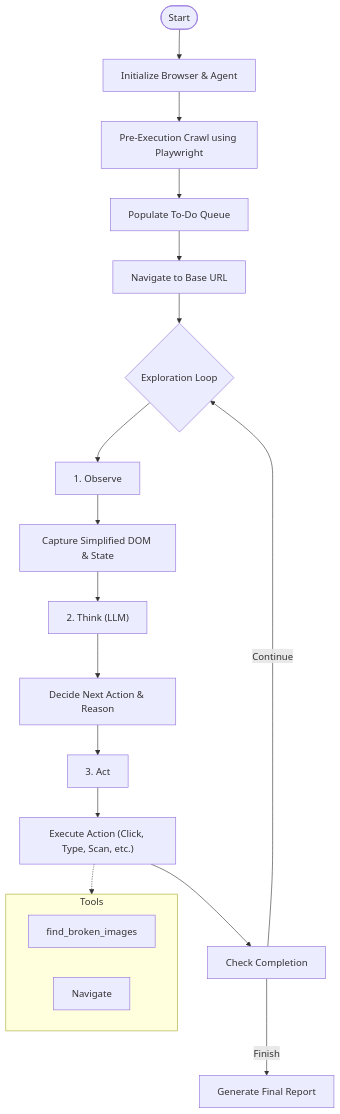
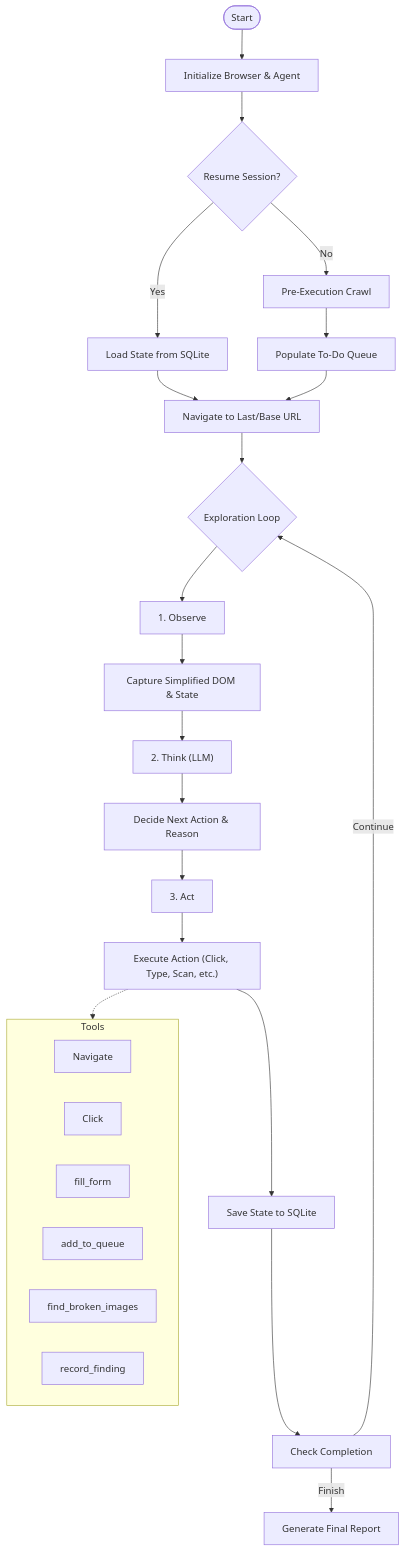
The diagram in README.md (crislerwin/qa-agent), drawn with Mermaid before and after one commit. The commit also changed other lines of this file and 1 other file, not shown here.

Commit message:
feat: Implement SQLite-based session persistence for agent state and add session management to the CLI.

````diff
--- a/README.md
+++ b/README.md
@@ -31,28 +32,39 @@
 ```mermaid
 graph TD
     Start([Start]) --> Init[Initialize Browser & Agent]
-    Init --> Crawl[Pre-Execution Crawl using Playwright]
+    Init --> CheckSession{Resume Session?}
+    CheckSession -- Yes --> LoadState[Load State from SQLite]
+    CheckSession -- No --> Crawl[Pre-Execution Crawl]
+
+    LoadState --> Nav[Navigate to Last/Base URL]
     Crawl --> Populate[Populate To-Do Queue]
-    Populate --> Nav[Navigate to Base URL]
+    Populate --> Nav
+
     Nav --> Loop{Exploration Loop}
 
     Loop --> Observe[1. Observe]
     Observe --> Snapshot["Capture Simplified DOM & State"]
 
     Snapshot --> Think["2. Think (LLM)"]
     Think --> Plan["Decide Next Action & Reason"]
 
     Plan --> Act[3. Act]
     Act --> Execute["Execute Action (Click, Type, Scan, etc.)"]
 
-    Execute --> Check[Check Completion]
+    Execute --> Persist[Save State to SQLite]
+    Persist --> Check[Check Completion]
+
     Check -- Continue --> Loop
     Check -- Finish --> Report[Generate Final Report]
 
     subgraph Tools
+    Navigate
+    Click
+    FillForm[fill_form]
+    AddToQueue[add_to_queue]
     FindBroken[find_broken_images]
-    Navigate
+    RecordFinding[record_finding]
     end
 
     Execute -.-> Tools
 ```
````
